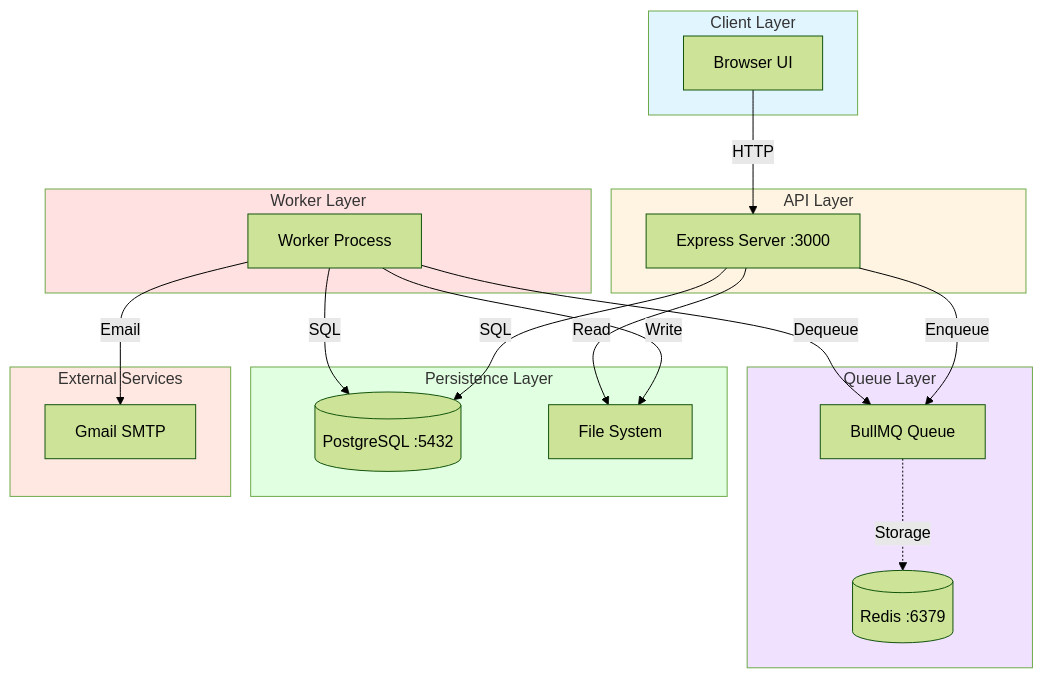
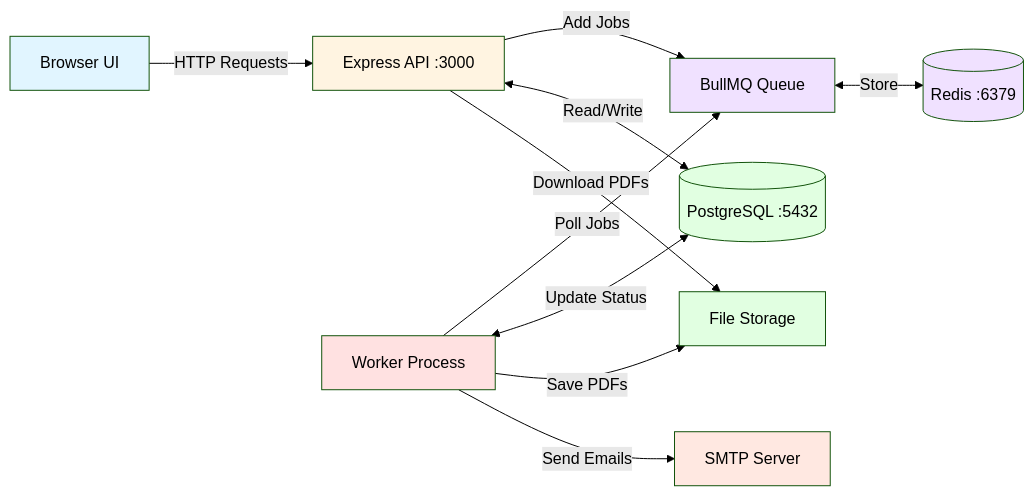
Before and after one commit to berTrindade/bullmq-report-generator: the second of 4 diagrams in README.md, drawn with Mermaid (forest theme).

Commit message:
fix: simplify component diagram layout
- Change from TB (top-bottom) to LR (left-right) layout
- Remove nested subgraphs that cause rendering issues
- Flatten architecture to show clear component relationships

````diff
--- a/README.md
+++ b/README.md
@@ -108,45 +108,30 @@
 ```mermaid
-graph TB
-    subgraph Client["Client Layer"]
-        UI[Browser UI]
-    end
+flowchart LR
+    UI[Browser UI]
+    API[Express API :3000]
+    Queue[BullMQ Queue]
+    Redis[(Redis :6379)]
+    Worker[Worker Process]
+    DB[(PostgreSQL :5432)]
+    FS[File Storage]
+    SMTP[SMTP Server]
     
-    subgraph API["API Layer"]
-        Express[Express Server :3000]
-    end
+    UI -->|HTTP Requests| API
+    API -->|Add Jobs| Queue
+    Queue <-->|Store| Redis
+    Worker -->|Poll Jobs| Queue
+    API <-->|Read/Write| DB
+    Worker <-->|Update Status| DB
+    Worker -->|Save PDFs| FS
+    API -->|Download PDFs| FS
+    Worker -->|Send Emails| SMTP
     
-    subgraph Queue["Queue Layer"]
-        BullMQ[BullMQ Queue]
-        Redis[(Redis :6379)]
-    end
-    
-    subgraph Worker["Worker Layer"]
-        WorkerProc[Worker Process]
-    end
-    
-    subgraph Data["Persistence Layer"]
-        DB[(PostgreSQL :5432)]
-        FS[File System]
-    end
-    
-    subgraph External["External Services"]
-        SMTP[Gmail SMTP]
-    end
-    
-    UI -->|HTTP| Express
-    Express -->|SQL| DB
-    Express -->|Enqueue| BullMQ
-    BullMQ -.->|Storage| Redis
-    WorkerProc -->|Dequeue| BullMQ
-    WorkerProc -->|SQL| DB
-    WorkerProc -->|Write| FS
-    WorkerProc -->|Email| SMTP
-    Express -->|Read| FS
-    
-    style Client fill:#e1f5ff
+    style UI fill:#e1f5ff
     style API fill:#fff4e1
     style Queue fill:#f0e1ff
+    style Redis fill:#f0e1ff
     style Worker fill:#ffe1e1
-    style Data fill:#e1ffe1
-    style External fill:#ffe8e1
+    style DB fill:#e1ffe1
+    style FS fill:#e1ffe1
+    style SMTP fill:#ffe8e1
 ```
````
